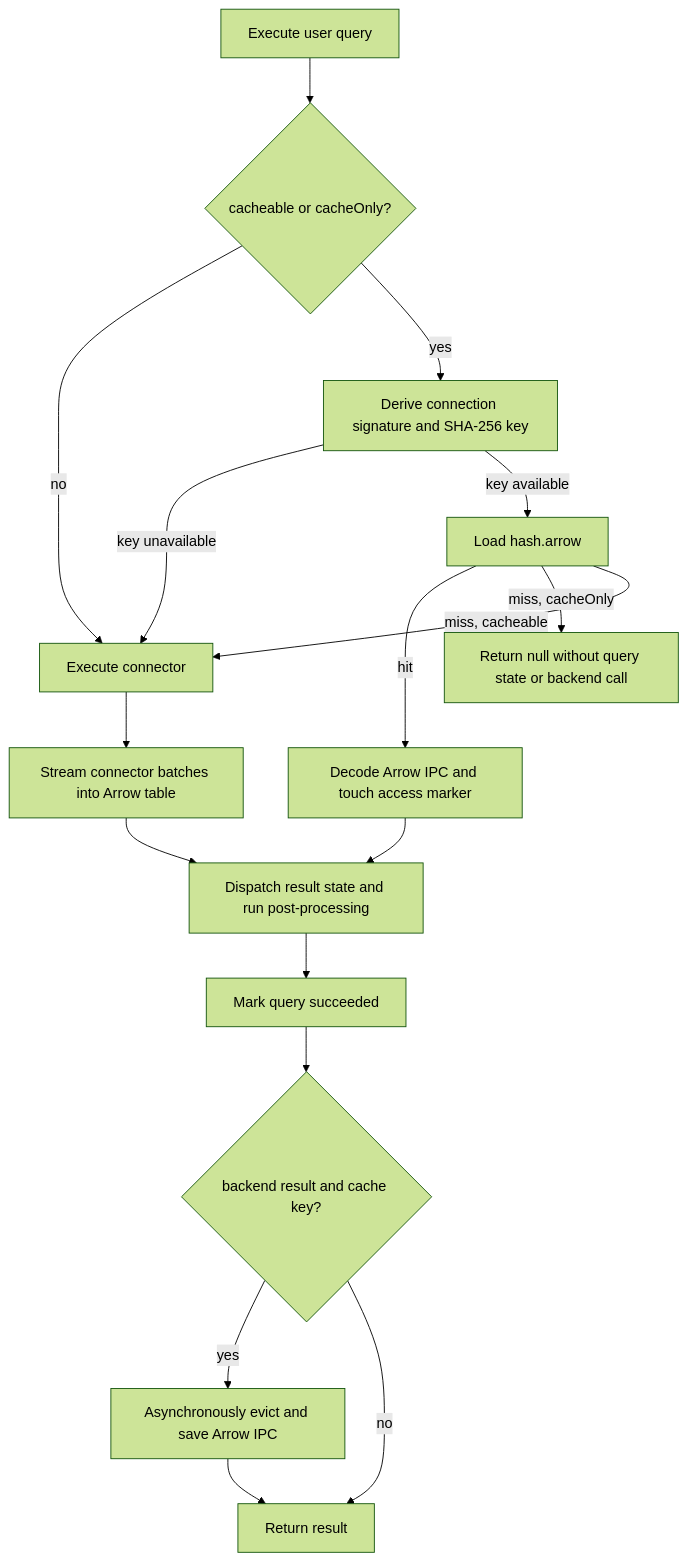
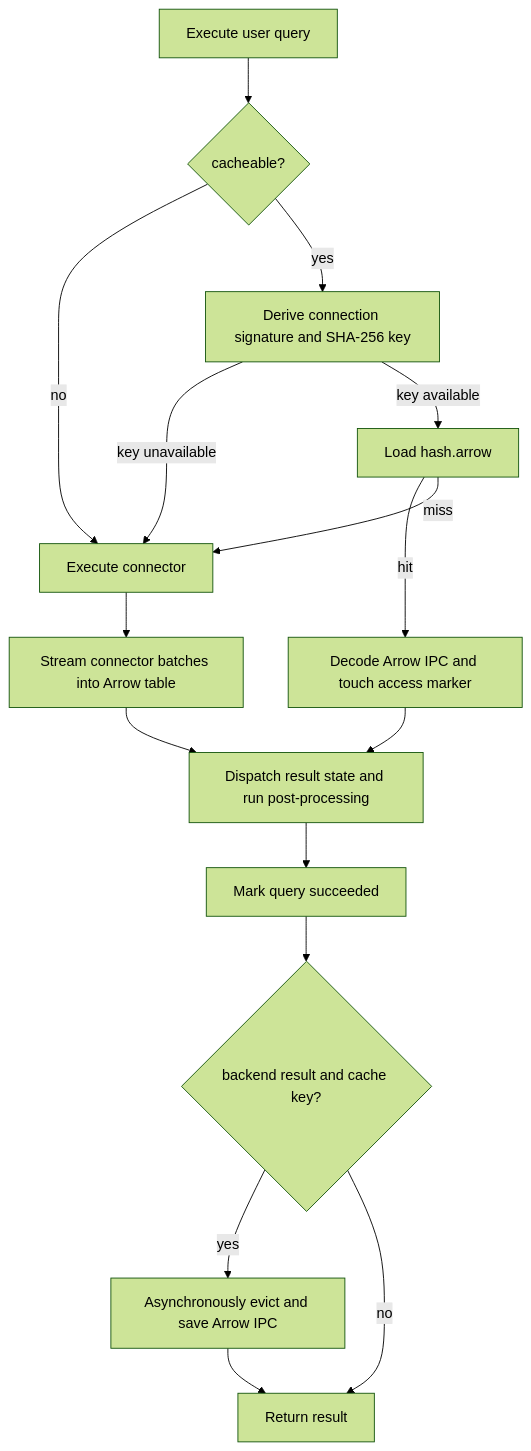
Before and after one commit to ankoh/dashql: the diagram in docs/design/query_cache.md, drawn with Mermaid (forest theme). The commit also changed other lines of this file and 13 other files, not shown here.

````diff
--- a/docs/design/query_cache.md
+++ b/docs/design/query_cache.md
@@ -54,19 +52,18 @@
 ```mermaid
 flowchart TD
-    A[Execute user query] --> B{cacheable or cacheOnly?}
+    A[Execute user query] --> B{cacheable?}
     B -- no --> F[Execute connector]
     B -- yes --> C[Derive connection signature and SHA-256 key]
     C -- key unavailable --> F
     C -- key available --> D[Load hash.arrow]
     D -- hit --> E[Decode Arrow IPC and touch access marker]
-    D -- miss, cacheOnly --> X[Return null without query state or backend call]
-    D -- miss, cacheable --> F
+    D -- miss --> F
     E --> G[Dispatch result state and run post-processing]
     F --> H[Stream connector batches into Arrow table]
     H --> G
     G --> I[Mark query succeeded]
     I --> J{backend result and cache key?}
     J -- yes --> K[Asynchronously evict and save Arrow IPC]
     J -- no --> L[Return result]
     K --> L
 ```
````
